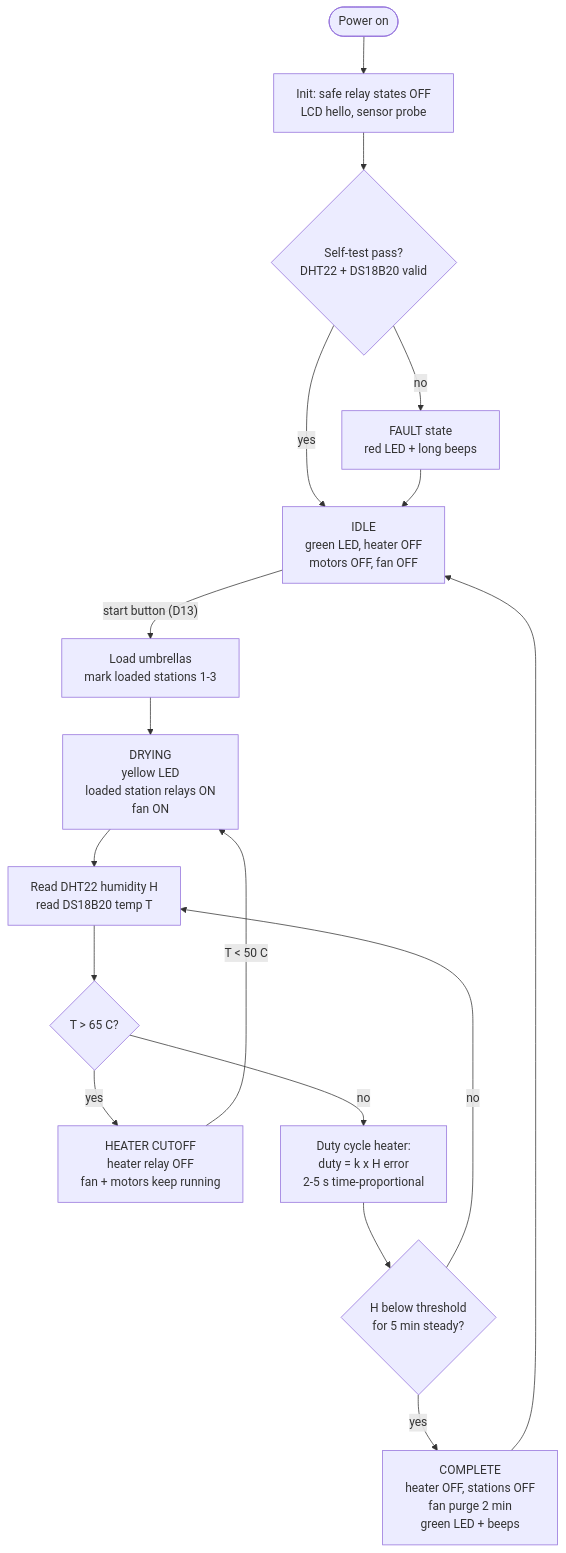
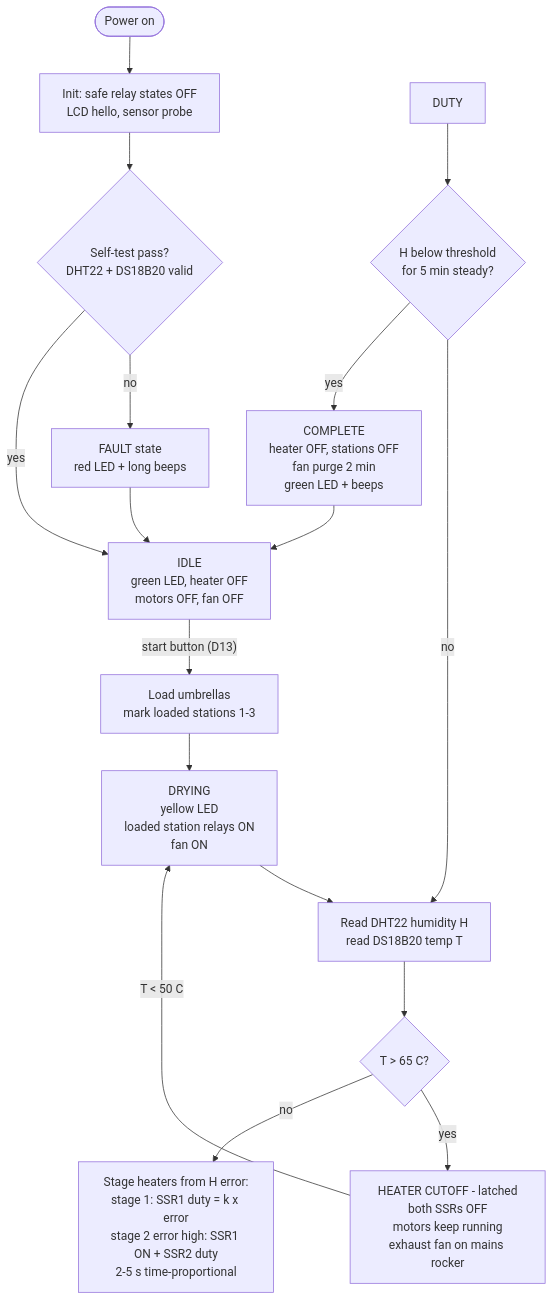
Before and after one commit to qppd/umbrella-dryer-v2: the first of 3 diagrams in docs/FLOWCHART.md, drawn with Mermaid. The commit also changed other lines of this file and 13 other files, not shown here.

First line of the commit message:
Rev 5: move heating to 220V AC mains — 2x 1500W PTC heater-fans via 2x Fotek SSR-40DA, 12" Omni exhaust fan

````diff
--- a/docs/FLOWCHART.md
+++ b/docs/FLOWCHART.md
@@ -7,22 +7,22 @@
 ```mermaid
 flowchart TD
     PWR([Power on]) --> INIT[Init: safe relay states OFF<br/>LCD hello, sensor probe]
     INIT --> SELF{Self-test pass?<br/>DHT22 + DS18B20 valid}
     SELF -- no --> FAULT[FAULT state<br/>red LED + long beeps]
     SELF -- yes --> IDLE[IDLE<br/>green LED, heater OFF<br/>motors OFF, fan OFF]
 
     IDLE -- "start button (D13)" --> LOAD[Load umbrellas<br/>mark loaded stations 1-3]
     LOAD --> DRYING[DRYING<br/>yellow LED<br/>loaded station relays ON<br/>fan ON]
 
     DRYING --> READ[Read DHT22 humidity H<br/>read DS18B20 temp T]
     READ --> TOVER{T > 65 C?}
-    TOVER -- yes --> CUT[HEATER CUTOFF<br/>heater relay OFF<br/>fan + motors keep running]
+    TOVER -- yes --> CUT[HEATER CUTOFF - latched<br/>both SSRs OFF<br/>motors keep running<br/>exhaust fan on mains rocker]
     CUT -- "T < 50 C" --> DRYING
-    TOVER -- no --> DUTY[Duty cycle heater:<br/>duty = k x H error<br/>2-5 s time-proportional]
+    TOVER -- no --> STAGE[Stage heaters from H error:<br/>stage 1: SSR1 duty = k x error<br/>stage 2 error high: SSR1 ON + SSR2 duty<br/>2-5 s time-proportional]
     DUTY --> HLOW{H below threshold<br/>for 5 min steady?}
     HLOW -- no --> READ
     HLOW -- yes --> DONE[COMPLETE<br/>heater OFF, stations OFF<br/>fan purge 2 min<br/>green LED + beeps]
     DONE --> IDLE
 
     FAULT --> IDLE
 ```
````
